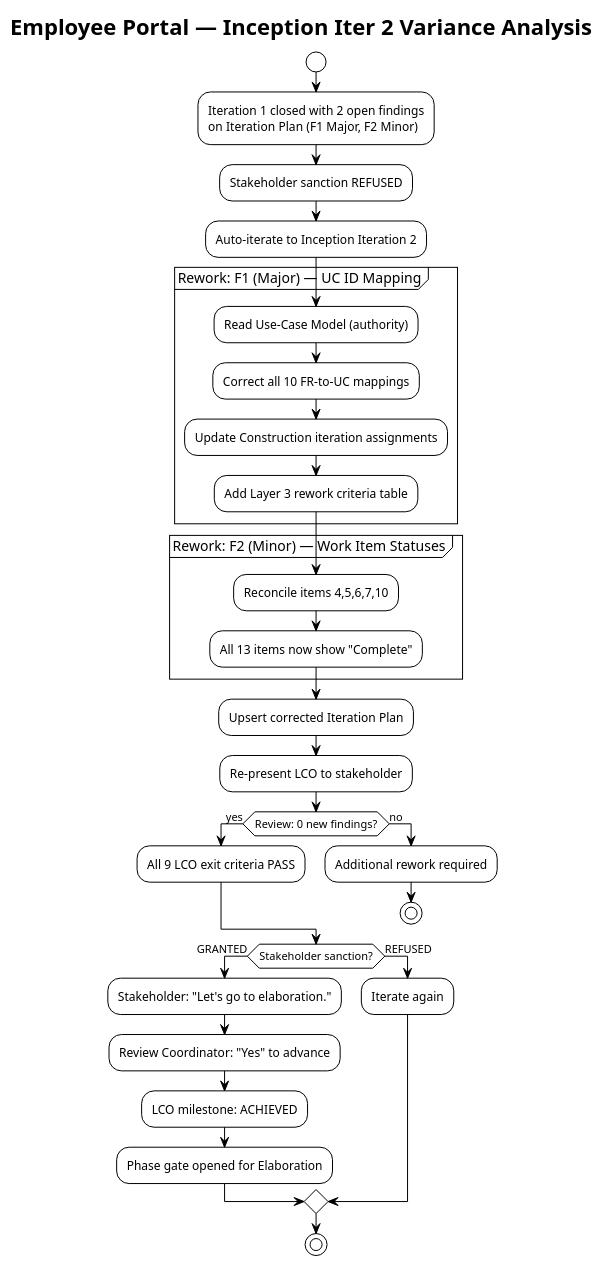
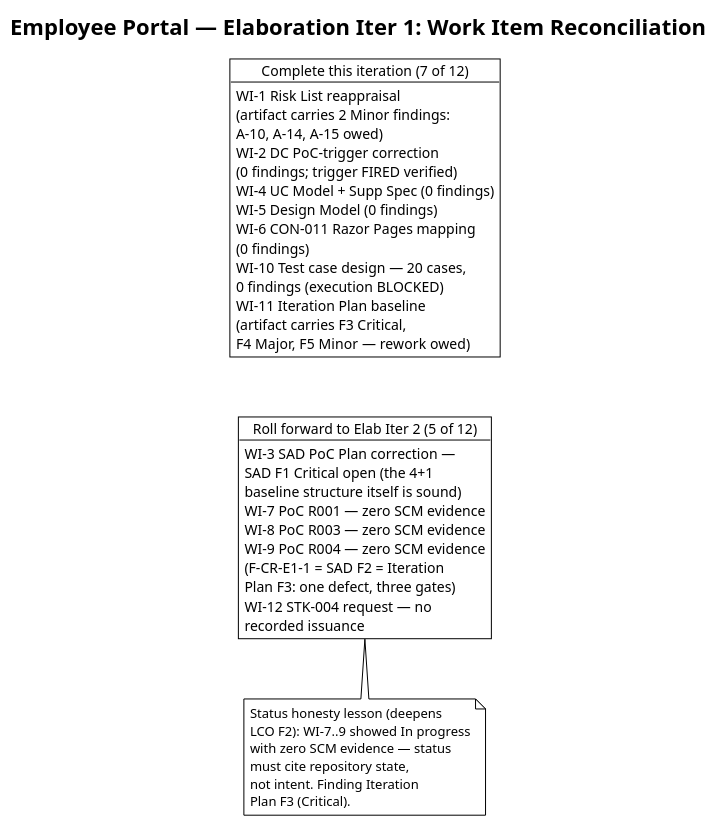
Before and after one commit to banense-test/employee-portal: the third of 5 diagrams in docs/artifacts/project-management/iteration-assessment.md, drawn with PlantUML. The commit also changed other lines of this file, not shown here.

First line of the commit message:
Project Manager [E1]: upsert Iteration Assessment

````diff
--- a/docs/artifacts/project-management/iteration-assessment.md
+++ b/docs/artifacts/project-management/iteration-assessment.md
@@ -298,47 +156,45 @@
 ```plantuml
 @startuml
 !theme plain
-title Employee Portal — Inception Iter 2 Variance Analysis
+title Employee Portal — Elaboration Iter 1: Work Item Reconciliation
 
-start
+object "Complete this iteration (7 of 12)" as C {
+  WI-1 Risk List reappraisal
+  (artifact carries 2 Minor findings:
+  A-10, A-14, A-15 owed)
+  WI-2 DC PoC-trigger correction
+  (0 findings; trigger FIRED verified)
+  WI-4 UC Model + Supp Spec (0 findings)
+  WI-5 Design Model (0 findings)
+  WI-6 CON-011 Razor Pages mapping
+  (0 findings)
+  WI-10 Test case design — 20 cases,
+  0 findings (execution BLOCKED)
+  WI-11 Iteration Plan baseline
+  (artifact carries F3 Critical,
+  F4 Major, F5 Minor — rework owed)
+}
+object "Roll forward to Elab Iter 2 (5 of 12)" as R {
+  WI-3 SAD PoC Plan correction —
+  SAD F1 Critical open (the 4+1
+  baseline structure itself is sound)
+  WI-7 PoC R001 — zero SCM evidence
+  WI-8 PoC R003 — zero SCM evidence
+  WI-9 PoC R004 — zero SCM evidence
+  (F-CR-E1-1 = SAD F2 = Iteration
+  Plan F3: one defect, three gates)
+  WI-12 STK-004 request — no
+  recorded issuance
+}
+C -[hidden]-> R
 
-:Iteration 1 closed with 2 open findings
-on Iteration Plan (F1 Major, F2 Minor);
-:Stakeholder sanction REFUSED;
-:Auto-iterate to Inception Iteration 2;
-
-partition "Rework: F1 (Major) — UC ID Mapping" {
-  :Read Use-Case Model (authority);
-  :Correct all 10 FR-to-UC mappings;
-  :Update Construction iteration assignments;
-  :Add Layer 3 rework criteria table;
-}
-
-partition "Rework: F2 (Minor) — Work Item Statuses" {
-  :Reconcile items 4,5,6,7,10;
-  :All 13 items now show "Complete";
-}
-
-:Upsert corrected Iteration Plan;
-:Re-present LCO to stakeholder;
-
-if (Review: 0 new findings?) then (yes)
-  :All 9 LCO exit criteria PASS;
-else (no)
-  :Additional rework required;
-  stop
-endif
-
-if (Stakeholder sanction?) then (GRANTED)
-  :Stakeholder: "Let's go to elaboration.";
-  :Review Coordinator: "Yes" to advance;
-  :LCO milestone: ACHIEVED;
-  :Phase gate opened for Elaboration;
-else (REFUSED)
-  :Iterate again;
-endif
-
-stop
-
+note bottom of R
+  Status honesty lesson (deepens
+  LCO F2): WI-7..9 showed In progress
+  with zero SCM evidence — status
+  must cite repository state,
+  not intent. Finding Iteration
+  Plan F3 (Critical).
+end note
 @enduml
 ```
````
